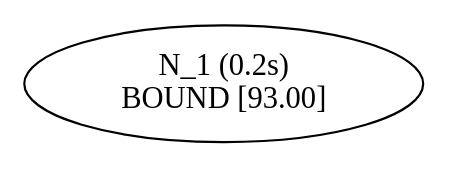
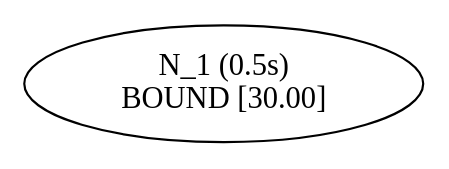
One commit to jpsank/RouteCare changed the diagram in solver_service/BaPTree.dot. Above: the diagram before and after it, drawn with Graphviz. The commit also changed 1 other file, not shown here.

```diff
--- a/solver_service/BaPTree.dot
+++ b/solver_service/BaPTree.dot
@@ -1,6 +1,6 @@
 ##Command to get a nice layout: dot -Tpdf thisfile > thisfile.pdf
 
 digraph master_0_BaP_Tree {
 edge[fontname = "Courier", fontsize = 10];
-n1 [label="N_1 (0.2s) \nBOUND [93.00]"];
+n1 [label="N_1 (0.5s) \nBOUND [30.00]"];
 }
```
